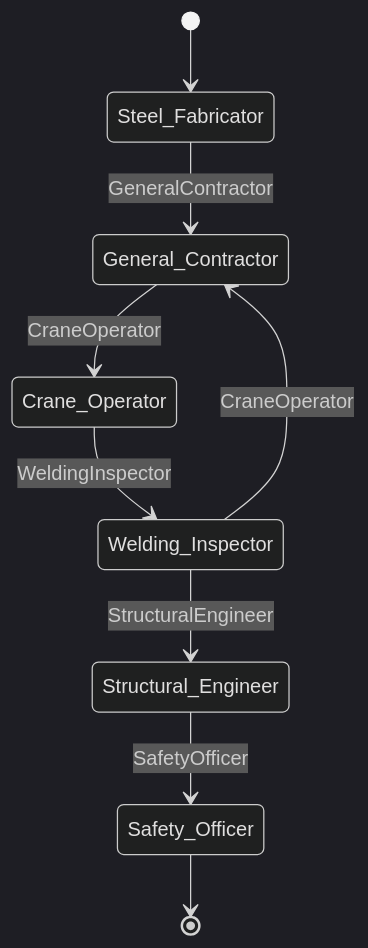
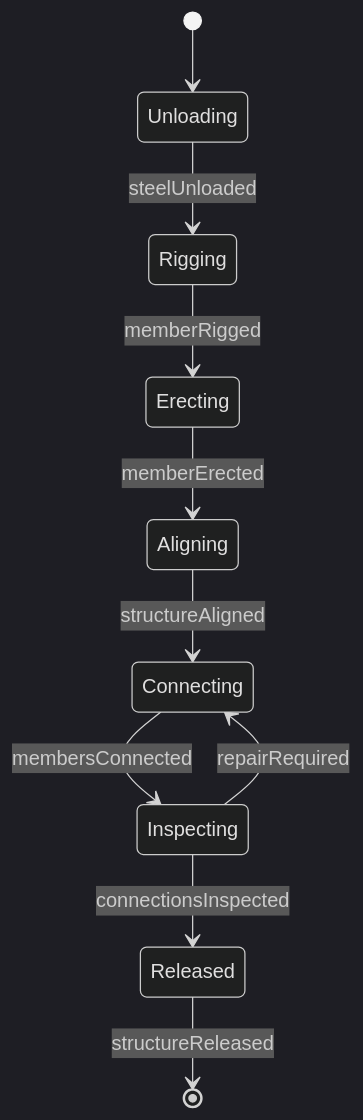
One commit to dot-org-ai/tasks.org.ai changed the second of 4 diagrams in HandlingAndMovingObjects/BuildStructures/AssembleMetalStructures.mdx. Above: the diagram before and after it, drawn with Mermaid (dark theme). The commit also changed other lines of this file and 515 other files, not shown here.

````diff
--- a/HandlingAndMovingObjects/BuildStructures/AssembleMetalStructures.mdx
+++ b/HandlingAndMovingObjects/BuildStructures/AssembleMetalStructures.mdx
@@ -101,11 +99,12 @@
 ```mermaid
 stateDiagram-v2
-    [*] --> Steel_Fabricator
-    Steel_Fabricator --> General_Contractor: GeneralContractor
-    General_Contractor --> Crane_Operator: CraneOperator
-    Crane_Operator --> Welding_Inspector: WeldingInspector
-    Welding_Inspector --> Structural_Engineer: StructuralEngineer
-    Structural_Engineer --> Safety_Officer: SafetyOfficer
-    Welding_Inspector --> General_Contractor: CraneOperator
-    Safety_Officer --> [*]
+    [*] --> Unloading
+    Unloading --> Rigging : steelUnloaded
+    Rigging --> Erecting : memberRigged
+    Erecting --> Aligning : memberErected
+    Aligning --> Connecting : structureAligned
+    Connecting --> Inspecting : membersConnected
+    Inspecting --> Released : connectionsInspected
+    Inspecting --> Connecting : repairRequired
+    Released --> [*] : structureReleased
 ```
````
